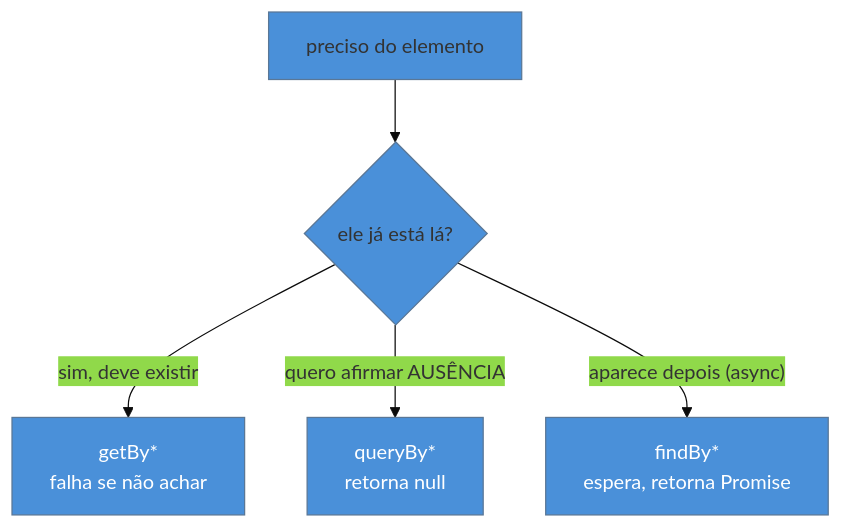
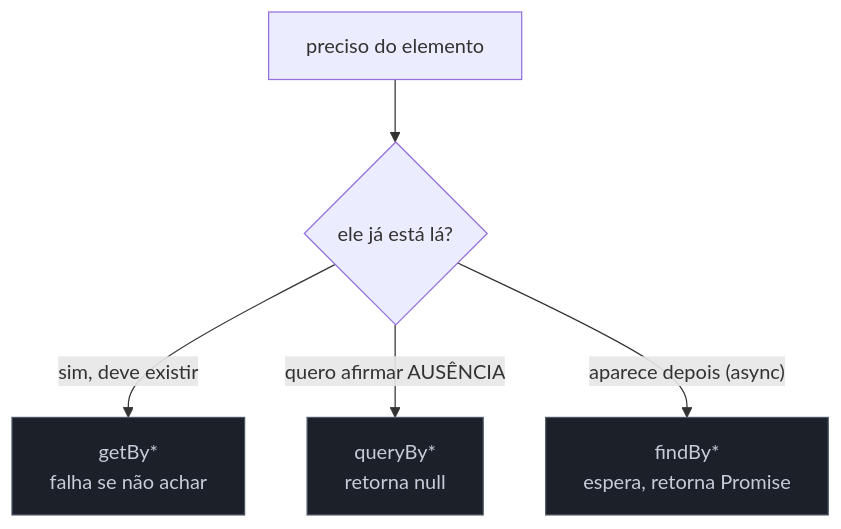
Before and after one commit to josenaldo/codex-technomanticus: the diagram in 03-Dominios/Tecnologia/Testes JS/07 - Testing Library - filosofia e queries.md, drawn with Mermaid. The commit also changed 1181 other files, not shown here.

First line of the commit message:
fix(diagramas): paleta do sistema no lugar de cor cravada no markdown

````diff
--- a/03-Dominios/Tecnologia/Testes JS/07 - Testing Library - filosofia e queries.md
+++ b/03-Dominios/Tecnologia/Testes JS/07 - Testing Library - filosofia e queries.md
@@ -40,11 +40,11 @@
 ```mermaid
-%%{init: {"theme": "base", "themeVariables": {"primaryColor": "#4A90D9"}}}%%
 graph TB
+    classDef neutro fill:#1B2029,stroke:#4E5666,color:#C6CCD8
     A["preciso do elemento"] --> B{ele já está lá?}
     B -->|sim, deve existir| C["getBy*<br/>falha se não achar"]
     B -->|quero afirmar AUSÊNCIA| D["queryBy*<br/>retorna null"]
     B -->|"aparece depois (async)"| E["findBy*<br/>espera, retorna Promise"]
-    style C fill:#4A90D9,color:#fff
-    style D fill:#4A90D9,color:#fff
-    style E fill:#4A90D9,color:#fff
+    class C neutro
+    class D neutro
+    class E neutro
 ```
````
